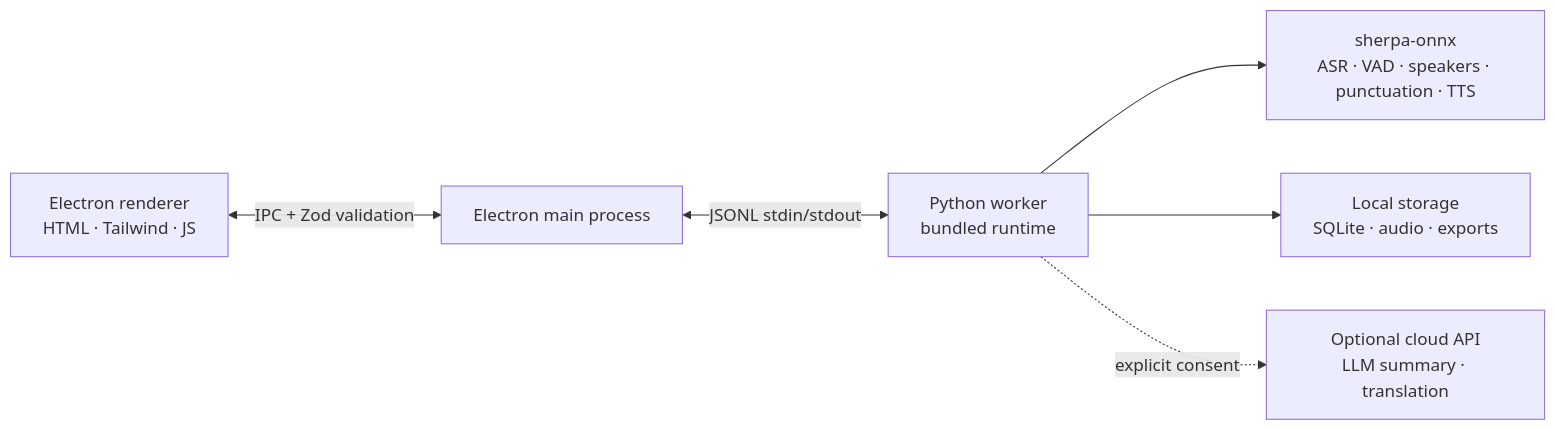
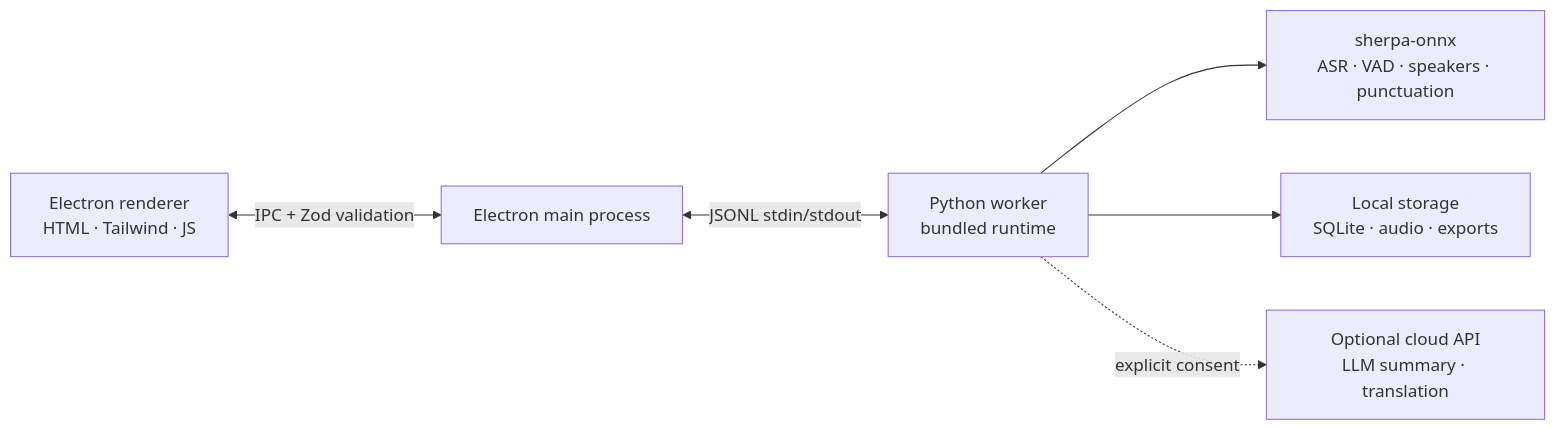
One commit to zerolovesea/Brevia changed the diagram in README.md. Above: the diagram before and after it, drawn with Mermaid. The commit also changed other lines of this file and 47 other files, not shown here.

````diff
--- a/README.md
+++ b/README.md
@@ -78,8 +77,8 @@
 ```mermaid
 flowchart LR
   A[Electron renderer<br/>HTML · Tailwind · JS] <-->|IPC + Zod validation| B[Electron main process]
   B <-->|JSONL stdin/stdout| C[Python worker<br/>bundled runtime]
-  C --> D[sherpa-onnx<br/>ASR · VAD · speakers · punctuation · TTS]
+  C --> D[sherpa-onnx<br/>ASR · VAD · speakers · punctuation]
   C --> E[Local storage<br/>SQLite · audio · exports]
   C -. explicit consent .-> F[Optional cloud API<br/>LLM summary · translation]
 ```
````
